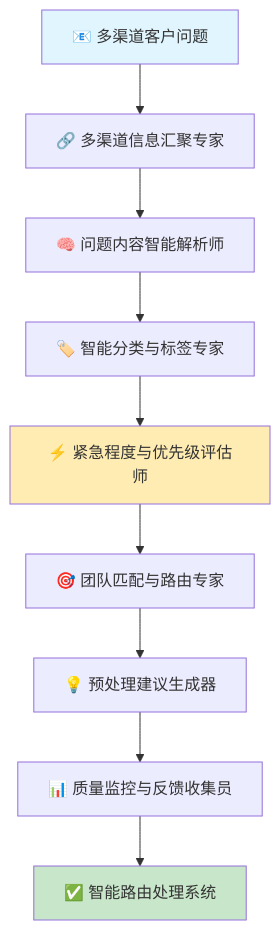
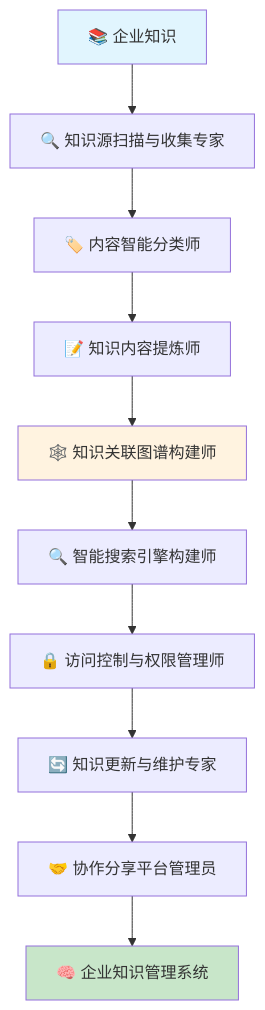
Before and after one commit to pftom/refly-use-cases: the fifth of 21 diagrams in use-cases/detailed-use-cases.md, drawn with Mermaid. The commit also changed other lines of this file and 1 other file, not shown here.

````diff
--- a/use-cases/detailed-use-cases.md
+++ b/use-cases/detailed-use-cases.md
@@ -674,15 +474,16 @@
 ```mermaid
 graph TD
-    A[📧 多渠道客户问题] --> B[🔗 多渠道信息汇聚专家]
-    B --> C[🧠 问题内容智能解析师]
-    C --> D[🏷️ 智能分类与标签专家]
-    D --> E[⚡ 紧急程度与优先级评估师]
-    E --> F[🎯 团队匹配与路由专家]
-    F --> G[💡 预处理建议生成器]
-    G --> H[📊 质量监控与反馈收集员]
-    H --> I[✅ 智能路由处理系统]
+    A[📚 企业知识] --> B[🔍 知识源扫描与收集专家]
+    B --> C[🏷️ 内容智能分类师]
+    C --> D[📝 知识内容提炼师]
+    D --> E[🕸️ 知识关联图谱构建师]
+    E --> F[🔍 智能搜索引擎构建师]
+    F --> G[🔒 访问控制与权限管理师]
+    G --> H[🔄 知识更新与维护专家]
+    H --> I[🤝 协作分享平台管理员]
+    I --> J[🧠 企业知识管理系统]
     
     style A fill:#e1f5fe
-    style I fill:#c8e6c9
-    style E fill:#ffecb3
+    style J fill:#c8e6c9
+    style E fill:#fff3e0
 ```
````
